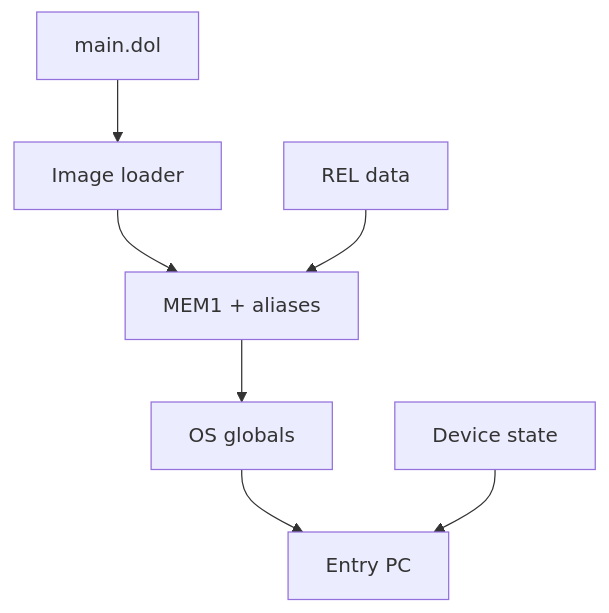
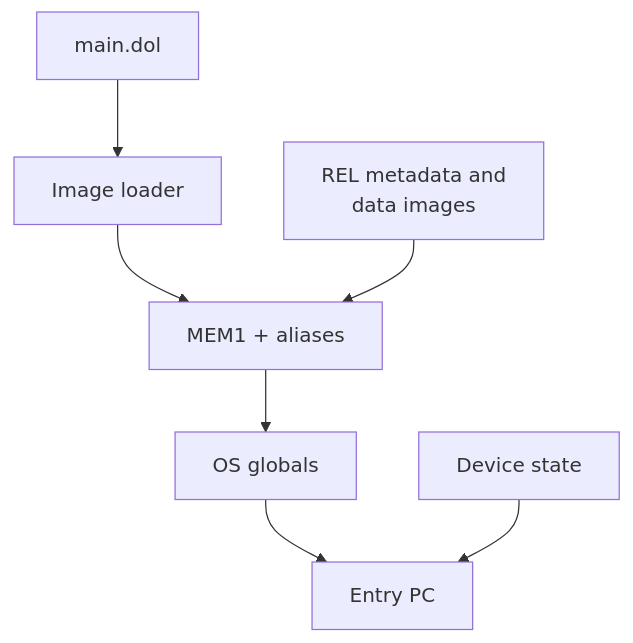
Before and after one commit to Aelbannan/boat_of_daphnes: the diagram in docs/architecture/runtime/GuestState.md, drawn with Mermaid. The commit also changed 6 other files, not shown here.

Commit message:
docs: preserve labels with Mermaid line breaks

````diff
--- a/docs/architecture/runtime/GuestState.md
+++ b/docs/architecture/runtime/GuestState.md
@@ -32,15 +32,16 @@
 ```mermaid
 flowchart TD
     DOL["main.dol"]
-    REL["REL data"]
+    REL["`REL metadata and
+data images`"]
     Loader["Image loader"]
     Memory["MEM1 + aliases"]
     OS["OS globals"]
     Devices["Device state"]
     PC["Entry PC"]
 
     DOL --> Loader --> Memory
     REL --> Memory
     Memory --> OS --> PC
     Devices --> PC
 ```
````
